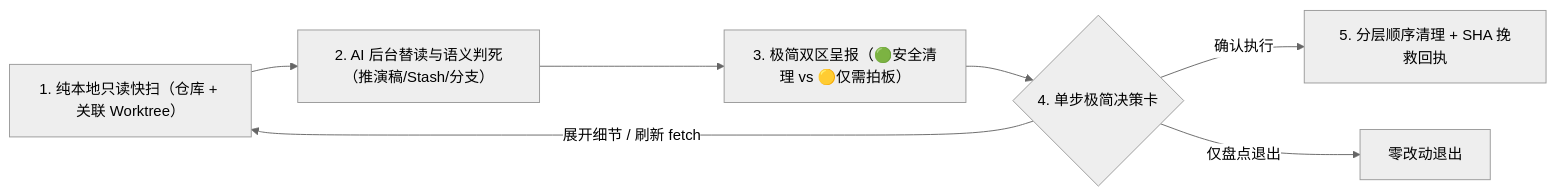
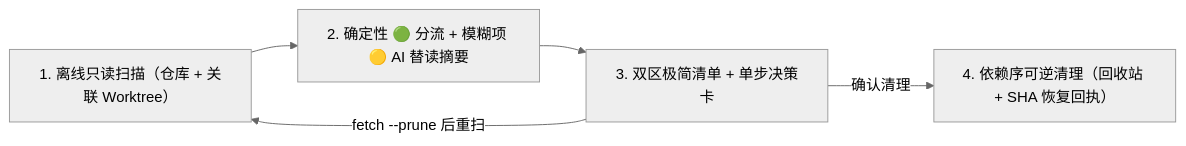
Before and after one commit to lastxuanain/ainward-skills: the diagram in skills/repo-clean/README.zh-CN.md, drawn with Mermaid (neutral theme). The commit also changed other lines of this file and 25 other files, not shown here.

````diff
--- a/skills/repo-clean/README.zh-CN.md
+++ b/skills/repo-clean/README.zh-CN.md
@@ -27,9 +14,7 @@
 ```mermaid
 flowchart LR
-    A["1. 纯本地只读快扫（仓库 + 关联 Worktree）"] --> B["2. AI 后台替读与语义判死（推演稿/Stash/分支）"]
-    B --> C["3. 极简双区呈报（🟢安全清理 vs 🟡仅需拍板）"]
-    C --> D{"4. 单步极简决策卡"}
-    D -- "展开细节 / 刷新 fetch" --> A
-    D -- "确认执行" --> E["5. 分层顺序清理 + SHA 挽救回执"]
-    D -- "仅盘点退出" --> F["零改动退出"]
+    A["1. 离线只读扫描（仓库 + 关联 Worktree）"] --> B["2. 确定性 🟢 分流 + 模糊项 🟡 AI 替读摘要"]
+    B --> C["3. 双区极简清单 + 单步决策卡"]
+    C -- "确认清理" --> D["4. 依赖序可逆清理（回收站 + SHA 恢复回执）"]
+    C -- "fetch --prune 后重扫" --> A
 ```
````
